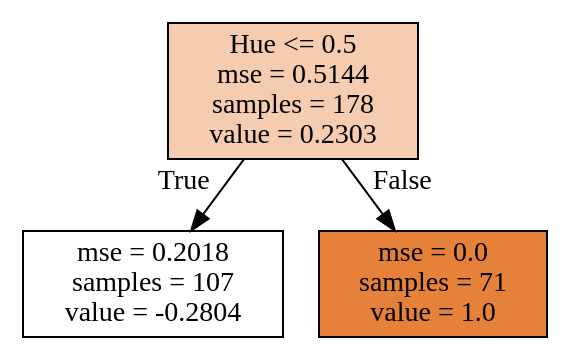
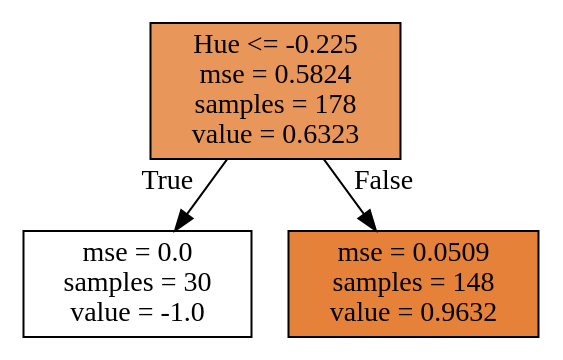
Before and after one commit to abbyschantz/cs35: the diagram in hw5/tree1.dot, drawn with Graphviz. The commit also changed 5 other files, not shown here.

```diff
--- a/hw5/tree1.dot
+++ b/hw5/tree1.dot
@@ -1,11 +1,11 @@
 digraph Tree {
 node [shape=box, style="filled", color="black"] ;
 graph [ranksep=equally, splines=polyline] ;
-0 [label="Hue <= 0.5\nmse = 0.5144\nsamples = 178\nvalue = 0.2303", fillcolor="#e5813966"] ;
-1 [label="mse = 0.2018\nsamples = 107\nvalue = -0.2804", fillcolor="#e5813900"] ;
+0 [label="Hue <= -0.225\nmse = 0.5824\nsamples = 178\nvalue = 0.6323", fillcolor="#e58139d4"] ;
+1 [label="mse = 0.0\nsamples = 30\nvalue = -1.0", fillcolor="#e5813900"] ;
 0 -> 1 [labeldistance=2.5, labelangle=45, headlabel="True"] ;
-2 [label="mse = 0.0\nsamples = 71\nvalue = 1.0", fillcolor="#e58139ff"] ;
+2 [label="mse = 0.0509\nsamples = 148\nvalue = 0.9632", fillcolor="#e58139ff"] ;
 0 -> 2 [labeldistance=2.5, labelangle=-45, headlabel="False"] ;
 {rank=same ; 0} ;
 {rank=same ; 1; 2} ;
 }
```
